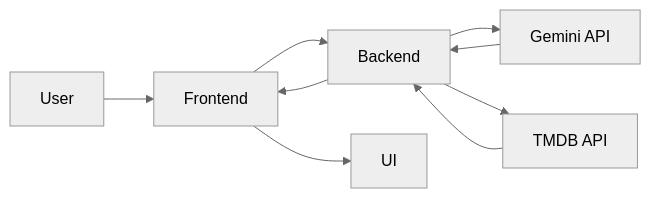
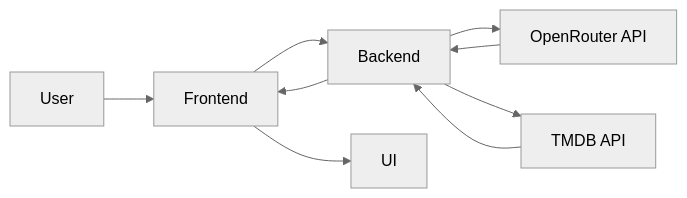
One commit to Sayan-das-001/Cinemind-AI changed the diagram in README.md. Above: the diagram before and after it, drawn with Mermaid (neutral theme). The commit also changed other lines of this file and 7 other files, not shown here.

````diff
--- a/README.md
+++ b/README.md
@@ -78,11 +94,11 @@
 ```mermaid
 flowchart LR
     A[User] --> B[Frontend]
     B --> C[Backend]
-    C --> D[Gemini API]
+    C --> D[OpenRouter API]
     C --> E[TMDB API]
     D --> C
     E --> C
     C --> B
     B --> F[UI]
 ```
````
